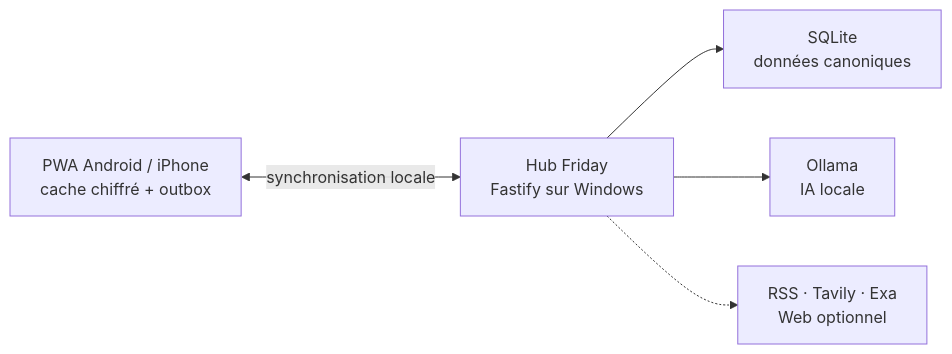
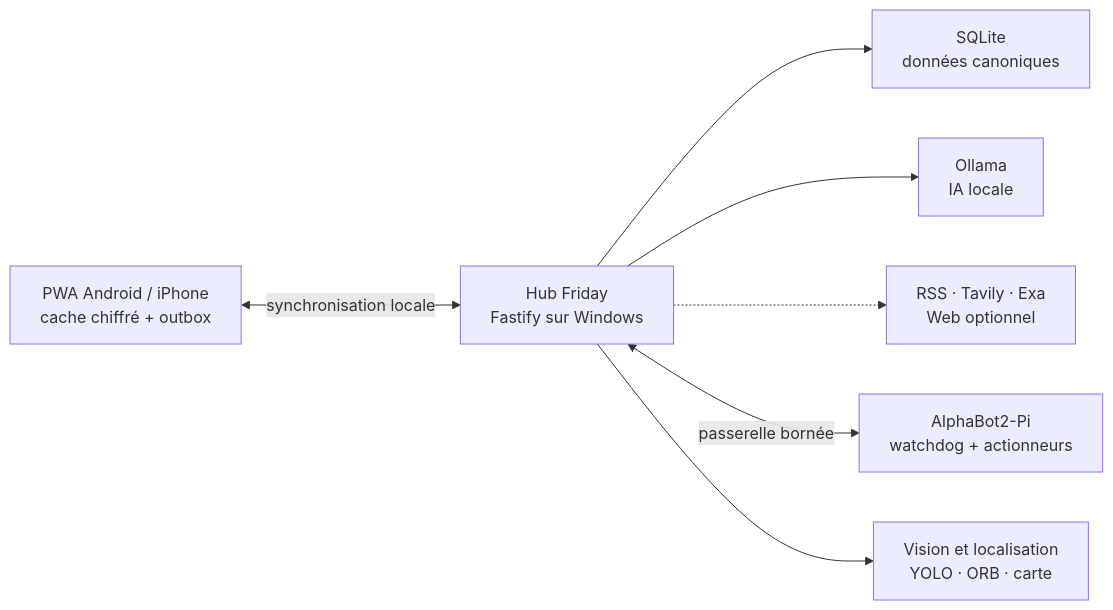
One commit to Sharpsou/friday changed the diagram in README.md. Above: the diagram before and after it, drawn with Mermaid. The commit also changed other lines of this file and 19 other files, not shown here.

````diff
--- a/README.md
+++ b/README.md
@@ -42,7 +48,9 @@
 ```mermaid
 flowchart LR
     A["PWA Android / iPhone\ncache chiffré + outbox"] <-->|"synchronisation locale"| H["Hub Friday\nFastify sur Windows"]
     H --> D["SQLite\ndonnées canoniques"]
     H --> O["Ollama\nIA locale"]
     H -.-> W["RSS · Tavily · Exa\nWeb optionnel"]
+    H <-->|"passerelle bornée"| R["AlphaBot2-Pi\nwatchdog + actionneurs"]
+    H --> V["Vision et localisation\nYOLO · ORB · carte"]
 ```
````
